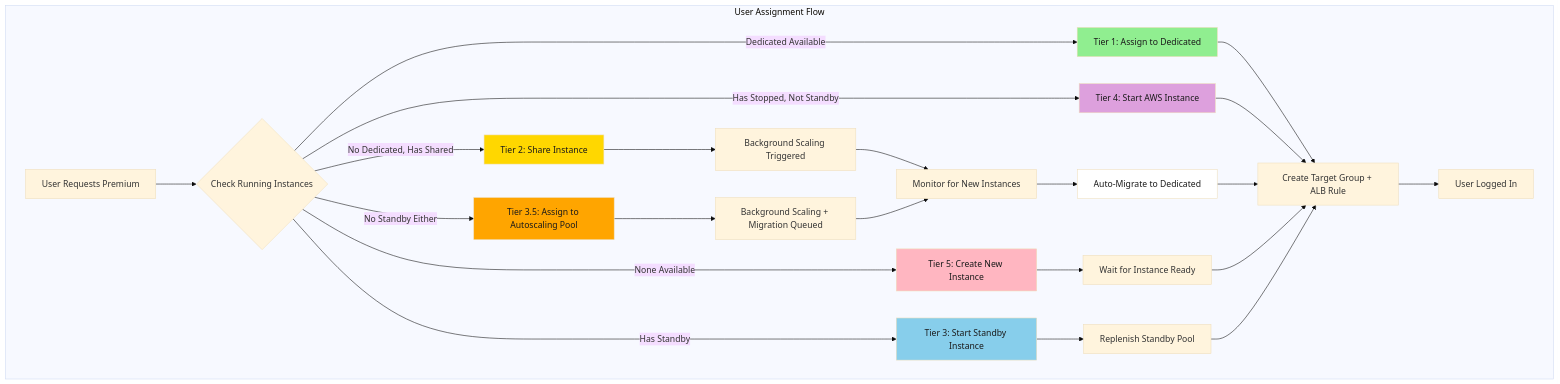
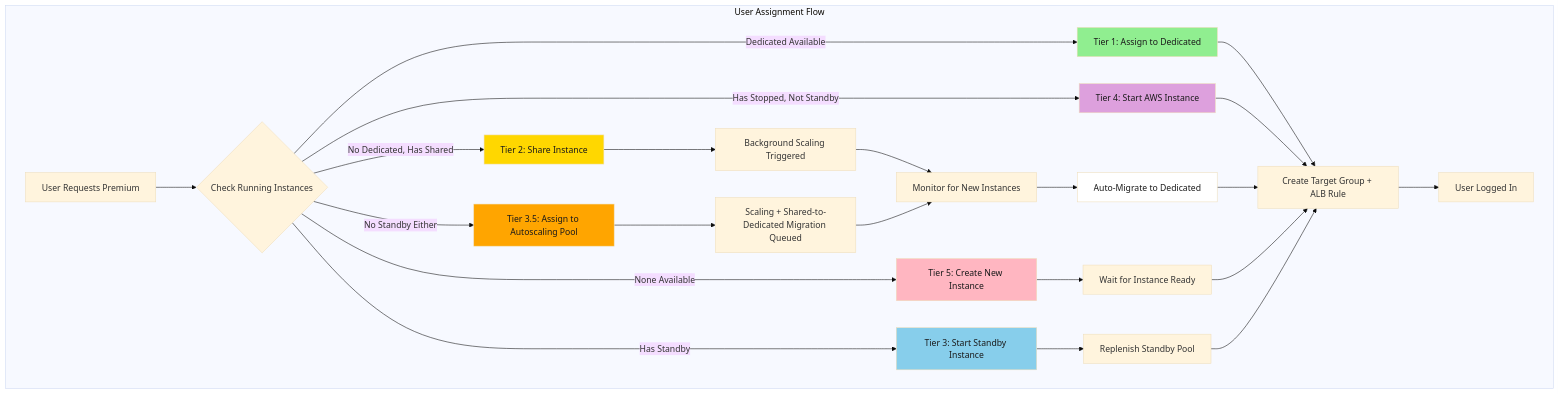
One commit to arayabrain/araya-optinist changed the first of 5 diagrams in infrastructure/documentation/PREMIUM_USER_ASSIGNMENT.md. Above: the diagram before and after it, drawn with Mermaid (base theme). The commit also changed other lines of this file, not shown here.

````diff
--- a/infrastructure/documentation/PREMIUM_USER_ASSIGNMENT.md
+++ b/infrastructure/documentation/PREMIUM_USER_ASSIGNMENT.md
@@ -49,37 +49,37 @@
 ```mermaid
 graph TB
     subgraph "User Assignment Flow"
         A[User Requests Premium] --> B{Check Running Instances}
 
         B -->|Dedicated Available| C1[Tier 1: Assign to Dedicated]
         B -->|No Dedicated, Has Shared| C2[Tier 2: Share Instance]
         B -->|Has Standby| C4[Tier 3: Start Standby Instance]
         B -->|No Standby Either| C3[Tier 3.5: Assign to Autoscaling Pool]
         B -->|Has Stopped, Not Standby| C5[Tier 4: Start AWS Instance]
         B -->|None Available| C6[Tier 5: Create New Instance]
 
         C1 --> D[Create Target Group + ALB Rule]
         C2 --> E[Background Scaling Triggered]
-        C3 --> F[Background Scaling + Migration Queued]
+        C3 --> F[Scaling + Shared-to-Dedicated Migration Queued]
         C4 --> G[Replenish Standby Pool]
         C5 --> D
         C6 --> H[Wait for Instance Ready]
 
         E --> I[Monitor for New Instances]
         F --> I
         I --> J[Auto-Migrate to Dedicated]
         J --> D
         H --> D
         G --> D
 
         D --> K[User Logged In]
     end
 
     style C1 fill:#90EE90,color:#1a1a1a
     style C2 fill:#FFD700,color:#1a1a1a
     style C3 fill:#FFA500,color:#1a1a1a
     style C4 fill:#87CEEB,color:#1a1a1a
     style C5 fill:#DDA0DD,color:#1a1a1a
     style C6 fill:#FFB6C1,color:#1a1a1a
     style J fill:#FFFFFF,color:#1a1a1a
 ```
````
